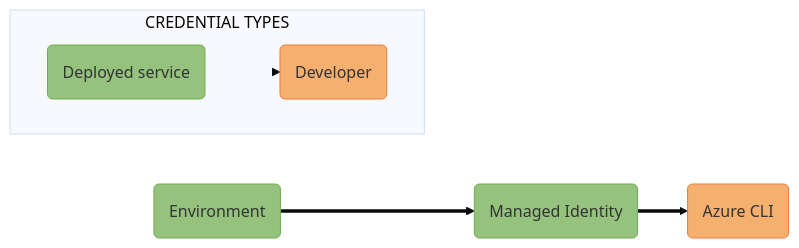
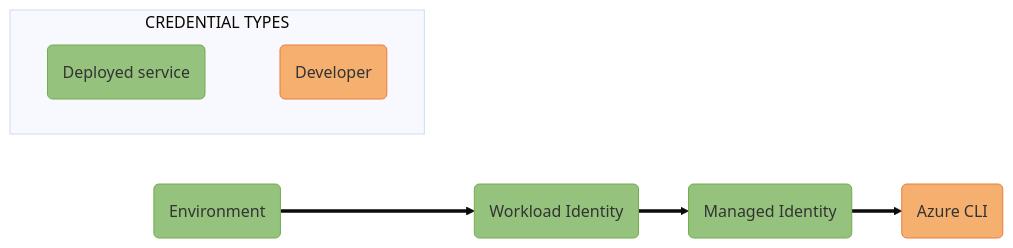
The diagram in sdk/azidentity/img/mermaidjs/DefaultAzureCredentialAuthFlow.md (Azure/azure-sdk-for-go), drawn with Mermaid (base theme) before and after one commit. The commit also changed 21716 other files, not shown here.

````diff
--- a/sdk/azidentity/img/mermaidjs/DefaultAzureCredentialAuthFlow.md
+++ b/sdk/azidentity/img/mermaidjs/DefaultAzureCredentialAuthFlow.md
@@ -1,26 +1,27 @@
 ```mermaid
 %% STEPS TO GENERATE IMAGE
 %% =======================
 %% 1. Install mermaid CLI (see https://github.com/mermaid-js/mermaid-cli/blob/master/README.md)
 %% 2. Run command: mmdc -i DefaultAzureCredentialAuthFlow.md -o DefaultAzureCredentialAuthFlow.svg
 
 flowchart LR;
-    A(Environment):::deployed ==> B(Managed Identity):::deployed ==> C(Azure CLI):::developer;
+    A(Environment):::deployed ==> B(Workload Identity):::deployed ==> C(Managed Identity):::deployed ==> D(Azure CLI):::developer;
 
     subgraph CREDENTIAL TYPES;
         direction LR;
-        Deployed(Deployed service):::deployed ==> Developer(Developer):::developer;
+        Deployed(Deployed service):::deployed --- Developer(Developer):::developer;
 
         %% Hide links between boxes in the legend by setting width to 0. The integers after "linkStyle" represent link indices.
-        linkStyle 2 stroke-width:0px;
+        linkStyle 3 stroke-width:0px;
     end;
 
     %% Define styles for credential type boxes
     classDef deployed fill:#95C37E, stroke:#71AD4C;
     classDef developer fill:#F5AF6F, stroke:#EB7C39;
 
     %% Add API ref links to credential type boxes
     click A "https://pkg.go.dev/github.com/Azure/azure-sdk-for-go/sdk/azidentity#EnvironmentCredential" _blank;
-    click B "https://pkg.go.dev/github.com/Azure/azure-sdk-for-go/sdk/azidentity#ManagedIdentityCredential" _blank;
-    click C "https://pkg.go.dev/github.com/Azure/azure-sdk-for-go/sdk/azidentity#AzureCLICredential" _blank;
+    click B "https://pkg.go.dev/github.com/Azure/azure-sdk-for-go/sdk/azidentity#WorkloadIdentityCredential" _blank;
+    click C "https://pkg.go.dev/github.com/Azure/azure-sdk-for-go/sdk/azidentity#ManagedIdentityCredential" _blank;
+    click D "https://pkg.go.dev/github.com/Azure/azure-sdk-for-go/sdk/azidentity#AzureCLICredential" _blank;
 ```
````
